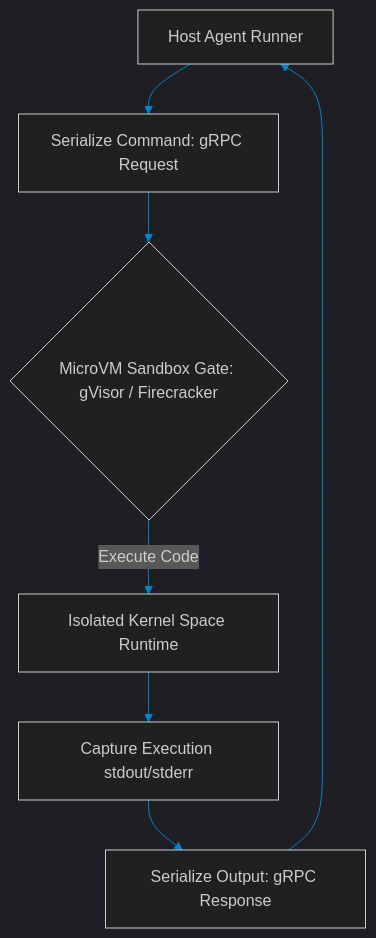
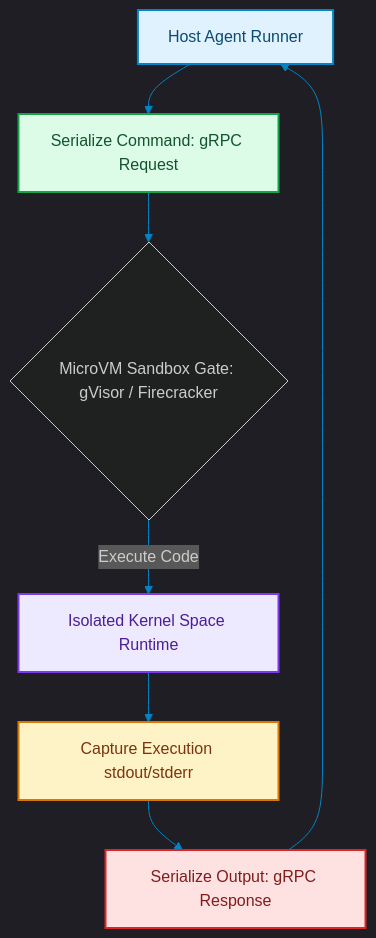
One commit to akmalkhaniub/akmalkhaniub.github.io changed the diagram in blog/posts/security-zero-trust-grpc-microvm-sandboxing.md. Above: the diagram before and after it, drawn with Mermaid. The commit also changed other lines of this file and 1291 other files, not shown here.

First line of the commit message:
feat(catalog): unique covers, scholarly references, and diagram palettes

````diff
--- a/blog/posts/security-zero-trust-grpc-microvm-sandboxing.md
+++ b/blog/posts/security-zero-trust-grpc-microvm-sandboxing.md
@@ -16,12 +16,23 @@
 ```mermaid
 %%{init: {'theme': 'dark', 'themeVariables': { 'primaryColor': '#0284c7', 'primaryTextColor': '#f3f4f6', 'primaryBorderColor': '#38bdf8', 'lineColor': '#0284c7', 'secondaryColor': '#111827', 'tertiaryColor': '#0b0f19'}}}%%
 flowchart TD
-    Host[Host Agent Runner] --> gRPC[Serialize Command: gRPC Request]
+    Host["Host Agent Runner"] --> gRPC["Serialize Command: gRPC Request"]
     gRPC --> Sandbox{MicroVM Sandbox Gate: gVisor / Firecracker}
     
-    Sandbox -->|Execute Code| IsolatedVM[Isolated Kernel Space Runtime]
-    IsolatedVM --> Result[Capture Execution stdout/stderr]
+    Sandbox -->|Execute Code| IsolatedVM["Isolated Kernel Space Runtime"]
+    IsolatedVM --> Result["Capture Execution stdout/stderr"]
     
-    Result --> gRPC_Response[Serialize Output: gRPC Response]
+    Result --> gRPC_Response["Serialize Output: gRPC Response"]
     gRPC_Response --> Host
+
+classDef green fill:#dcfce7,stroke:#16a34a,stroke-width:2px,color:#14532d;
+classDef red fill:#fee2e2,stroke:#dc2626,stroke-width:2px,color:#7f1d1d;
+classDef blue fill:#e0f2fe,stroke:#0284c7,stroke-width:2px,color:#0c4a6e;
+classDef yellow fill:#fef3c7,stroke:#d97706,stroke-width:2px,color:#78350f;
+classDef purple fill:#ede9fe,stroke:#7c3aed,stroke-width:2px,color:#4c1d95;
+class Host blue
+class gRPC green
+class IsolatedVM purple
+class Result yellow
+class gRPC_Response red
 ```
````
